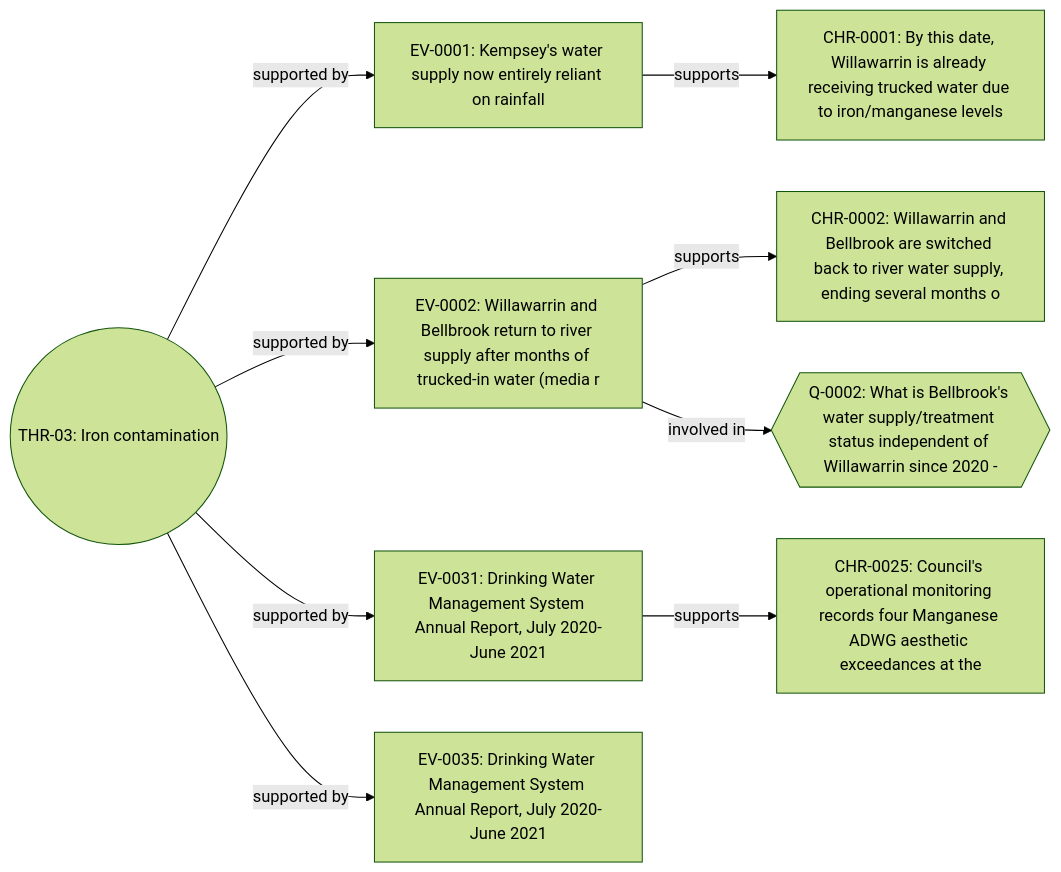
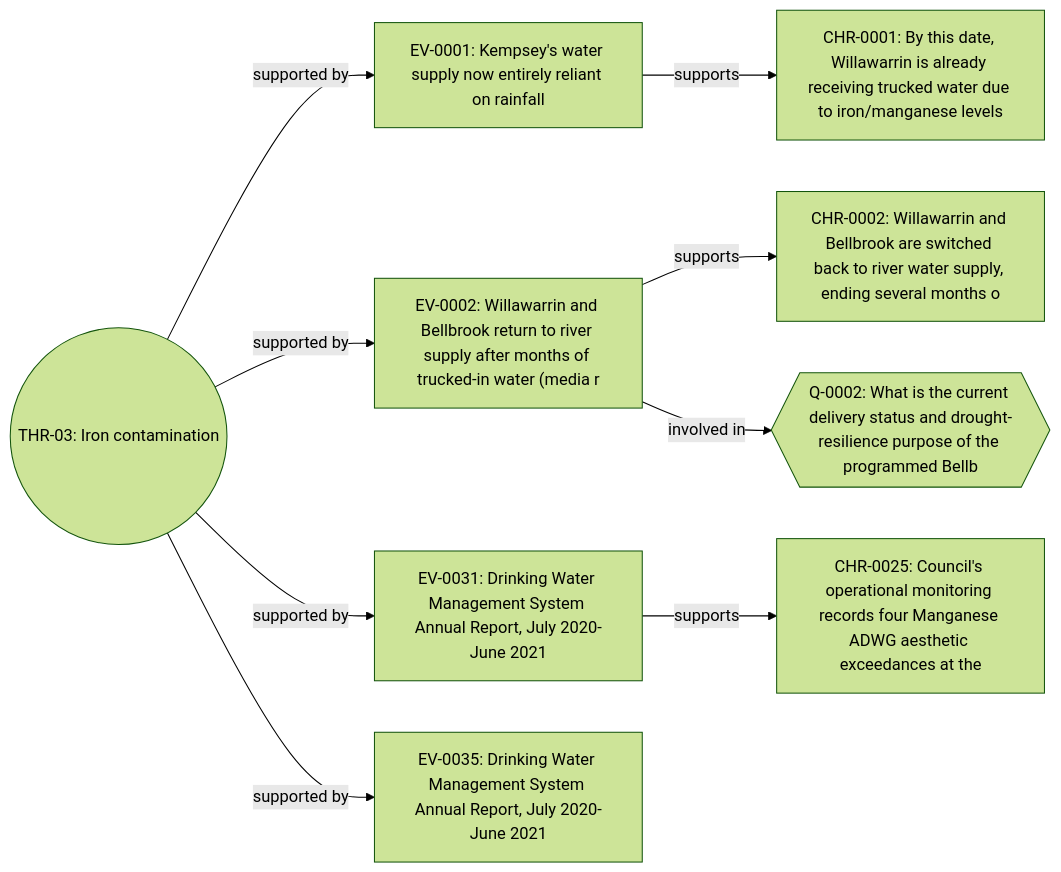
One commit to mayhem82/mayhem-investigations changed the fourth of 49 diagrams in docs/RELATIONSHIP_MAP.md. Above: the diagram before and after it, drawn with Mermaid (forest theme). The commit also changed other lines of this file, not shown here.

````diff
--- a/docs/RELATIONSHIP_MAP.md
+++ b/docs/RELATIONSHIP_MAP.md
@@ -144,20 +144,20 @@
 ```mermaid
 flowchart LR
   DFAPTI_BB_2026_00001_THRD_THR_03(("THR-03: Iron contamination"))
   DFAPTI_BB_2026_00001_EVID_EV_0001["EV-0001: Kempsey's water supply now entirely reliant on rainfall"]
   DFAPTI_BB_2026_00001_EVID_EV_0002["EV-0002: Willawarrin and Bellbrook return to river supply after months of trucked-in water (media r"]
   DFAPTI_BB_2026_00001_EVID_EV_0031["EV-0031: Drinking Water Management System Annual Report, July 2020-June 2021"]
   DFAPTI_BB_2026_00001_EVID_EV_0035["EV-0035: Drinking Water Management System Annual Report, July 2020-June 2021"]
   DFAPTI_BB_2026_00001_CHRO_CHR_0001["CHR-0001: By this date, Willawarrin is already receiving trucked water due to iron/manganese levels "]
   DFAPTI_BB_2026_00001_CHRO_CHR_0002["CHR-0002: Willawarrin and Bellbrook are switched back to river water supply, ending several months o"]
-  DFAPTI_BB_2026_00001_QUES_Q_0002{{"Q-0002: What is Bellbrook's water supply/treatment status independent of Willawarrin since 2020 - "}}
+  DFAPTI_BB_2026_00001_QUES_Q_0002{{"Q-0002: What is the current delivery status and drought-resilience purpose of the programmed Bellb"}}
   DFAPTI_BB_2026_00001_CHRO_CHR_0025["CHR-0025: Council's operational monitoring records four Manganese ADWG aesthetic exceedances at the "]
   DFAPTI_BB_2026_00001_THRD_THR_03 -- "supported by" --> DFAPTI_BB_2026_00001_EVID_EV_0001
   DFAPTI_BB_2026_00001_THRD_THR_03 -- "supported by" --> DFAPTI_BB_2026_00001_EVID_EV_0002
   DFAPTI_BB_2026_00001_THRD_THR_03 -- "supported by" --> DFAPTI_BB_2026_00001_EVID_EV_0031
   DFAPTI_BB_2026_00001_THRD_THR_03 -- "supported by" --> DFAPTI_BB_2026_00001_EVID_EV_0035
   DFAPTI_BB_2026_00001_EVID_EV_0001 -- "supports" --> DFAPTI_BB_2026_00001_CHRO_CHR_0001
   DFAPTI_BB_2026_00001_EVID_EV_0002 -- "supports" --> DFAPTI_BB_2026_00001_CHRO_CHR_0002
   DFAPTI_BB_2026_00001_EVID_EV_0002 -- "involved in" --> DFAPTI_BB_2026_00001_QUES_Q_0002
   DFAPTI_BB_2026_00001_EVID_EV_0031 -- "supports" --> DFAPTI_BB_2026_00001_CHRO_CHR_0025
 ```
````
